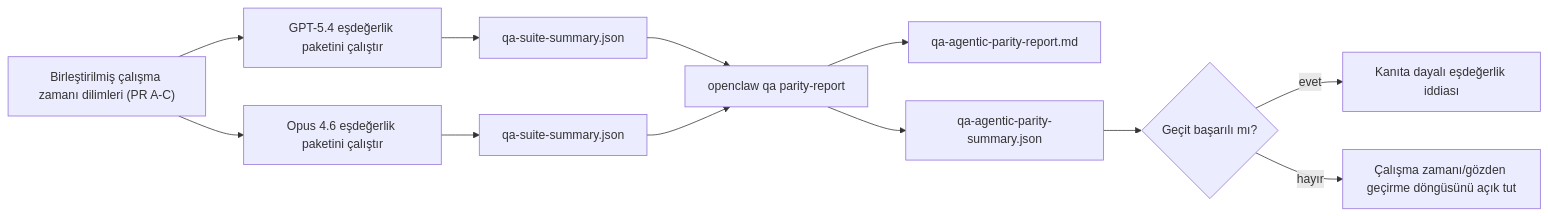
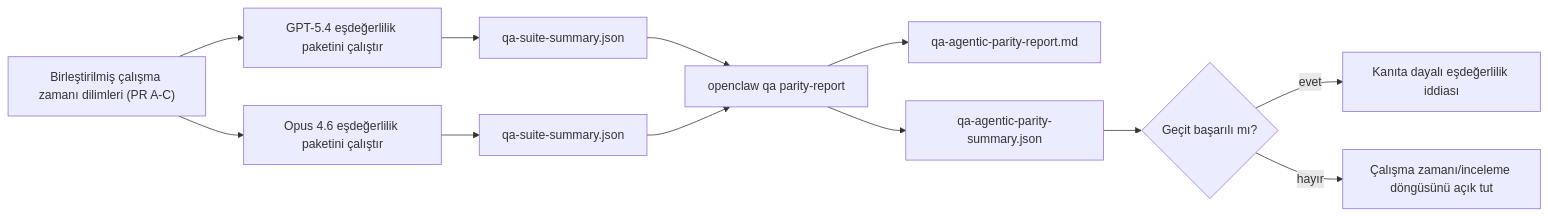
One commit to openclaw/docs changed the second of 2 diagrams in docs/tr/help/gpt54-codex-agentic-parity.md. Above: the diagram before and after it, drawn with Mermaid. The commit also changed other lines of this file and 440 other files, not shown here.

````diff
--- a/docs/tr/help/gpt54-codex-agentic-parity.md
+++ b/docs/tr/help/gpt54-codex-agentic-parity.md
@@ -131,14 +131,14 @@
 ```mermaid
 flowchart LR
-    A["Birleştirilmiş çalışma zamanı dilimleri (PR A-C)"] --> B["GPT-5.4 eşdeğerlik paketini çalıştır"]
-    A --> C["Opus 4.6 eşdeğerlik paketini çalıştır"]
+    A["Birleştirilmiş çalışma zamanı dilimleri (PR A-C)"] --> B["GPT-5.4 eşdeğerlilik paketini çalıştır"]
+    A --> C["Opus 4.6 eşdeğerlilik paketini çalıştır"]
     B --> D["qa-suite-summary.json"]
     C --> E["qa-suite-summary.json"]
     D --> F["openclaw qa parity-report"]
     E --> F
     F --> G["qa-agentic-parity-report.md"]
     F --> H["qa-agentic-parity-summary.json"]
     H --> I{"Geçit başarılı mı?"}
-    I -- "evet" --> J["Kanıta dayalı eşdeğerlik iddiası"]
-    I -- "hayır" --> K["Çalışma zamanı/gözden geçirme döngüsünü açık tut"]
+    I -- "evet" --> J["Kanıta dayalı eşdeğerlilik iddiası"]
+    I -- "hayır" --> K["Çalışma zamanı/inceleme döngüsünü açık tut"]
 ```
````
